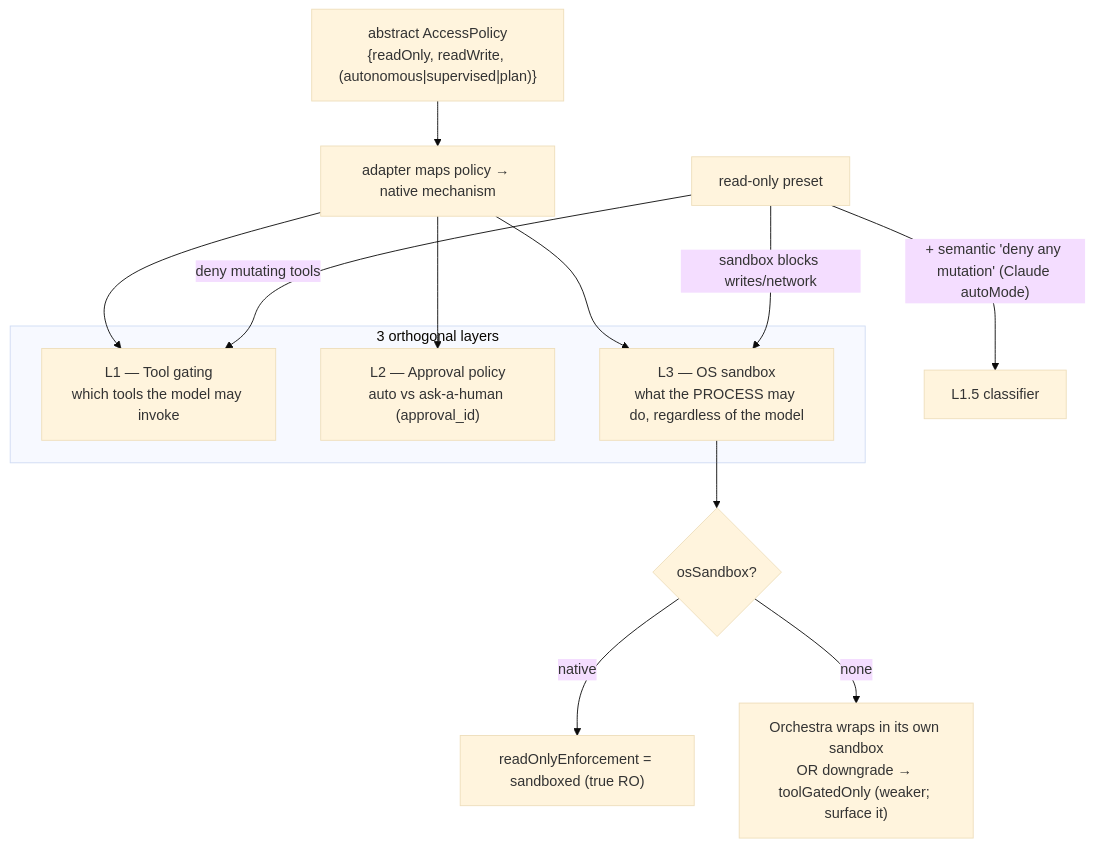
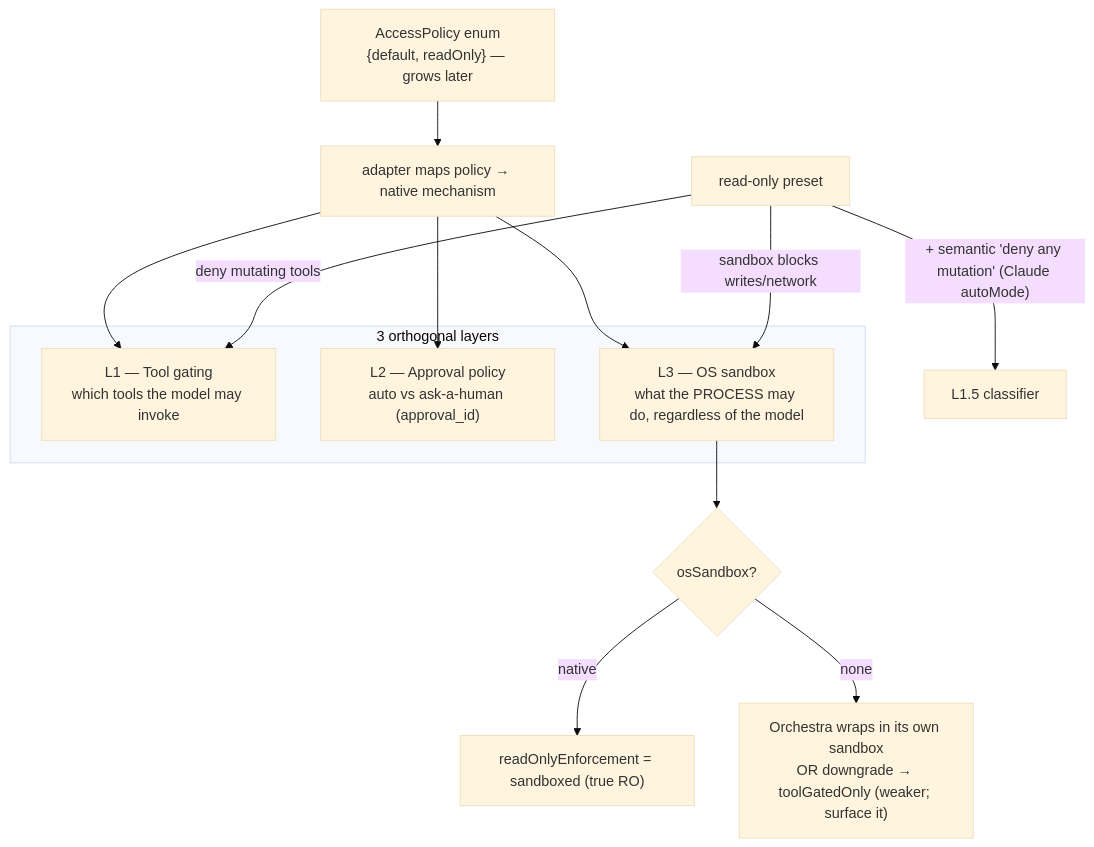
Before and after one commit to PeiAllen/claude-kanban: the fifth of 7 diagrams in notes/designs/agent-provider-interface.md, drawn with Mermaid (base theme). The commit also changed other lines of this file and 1 other file, not shown here.

First line of the commit message:
design(agent-provider): two-tier events, start-action launch seam, trust model, access interface

````diff
--- a/notes/designs/agent-provider-interface.md
+++ b/notes/designs/agent-provider-interface.md
@@ -271,16 +441,16 @@
 ```mermaid
 flowchart TB
     subgraph Layers["3 orthogonal layers"]
       L1["L1 — Tool gating<br/>which tools the model may invoke"]
       L2["L2 — Approval policy<br/>auto vs ask-a-human (approval_id)"]
       L3["L3 — OS sandbox<br/>what the PROCESS may do, regardless of the model"]
     end
-    Pol["abstract AccessPolicy<br/>{readOnly, readWrite, (autonomous|supervised|plan)}"] --> Map2["adapter maps policy → native mechanism"]
+    Pol["AccessPolicy enum<br/>{default, readOnly} — grows later"] --> Map2["adapter maps policy → native mechanism"]
     Map2 --> L1 & L2 & L3
     RO["read-only preset"] -->|deny mutating tools| L1
     RO -->|"+ semantic 'deny any mutation' (Claude autoMode)"| L1b["L1.5 classifier"]
     RO -->|sandbox blocks writes/network| L3
     L3 --> Enf{osSandbox?}
     Enf -->|native| OK["readOnlyEnforcement = sandboxed (true RO)"]
     Enf -->|none| Gap["Orchestra wraps in its own sandbox<br/>OR downgrade → toolGatedOnly (weaker; surface it)"]
 ```
````
